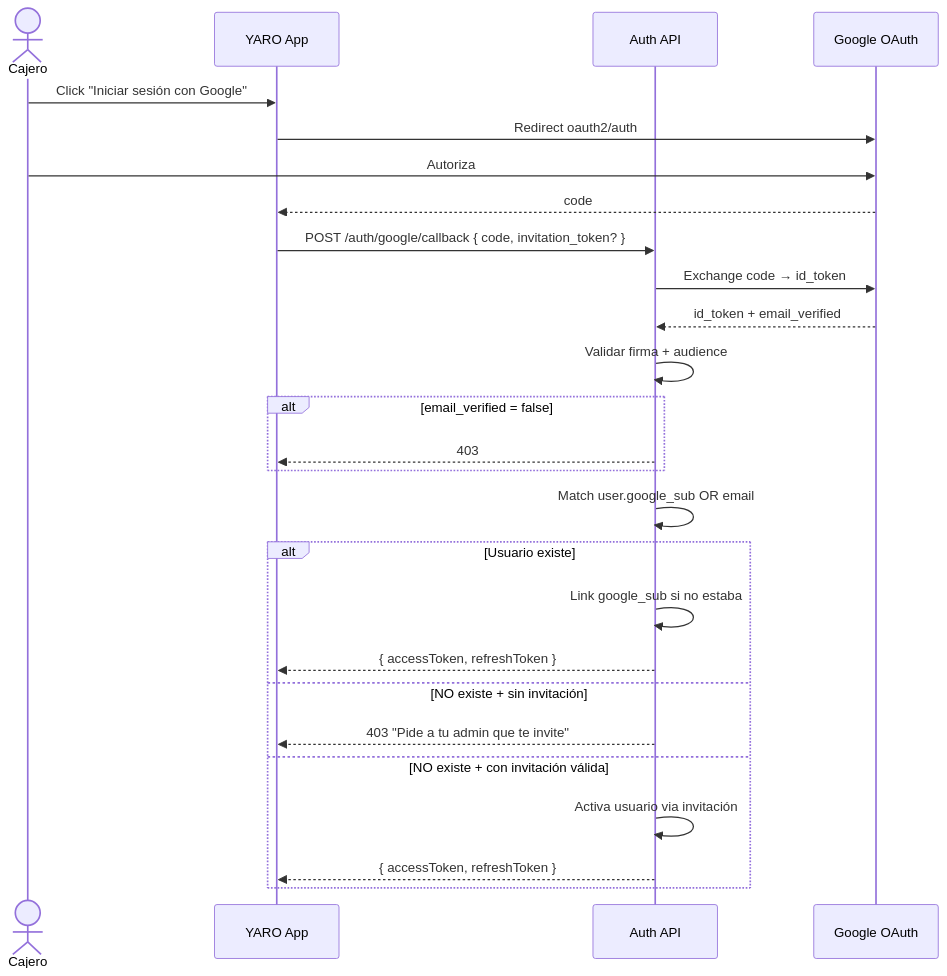
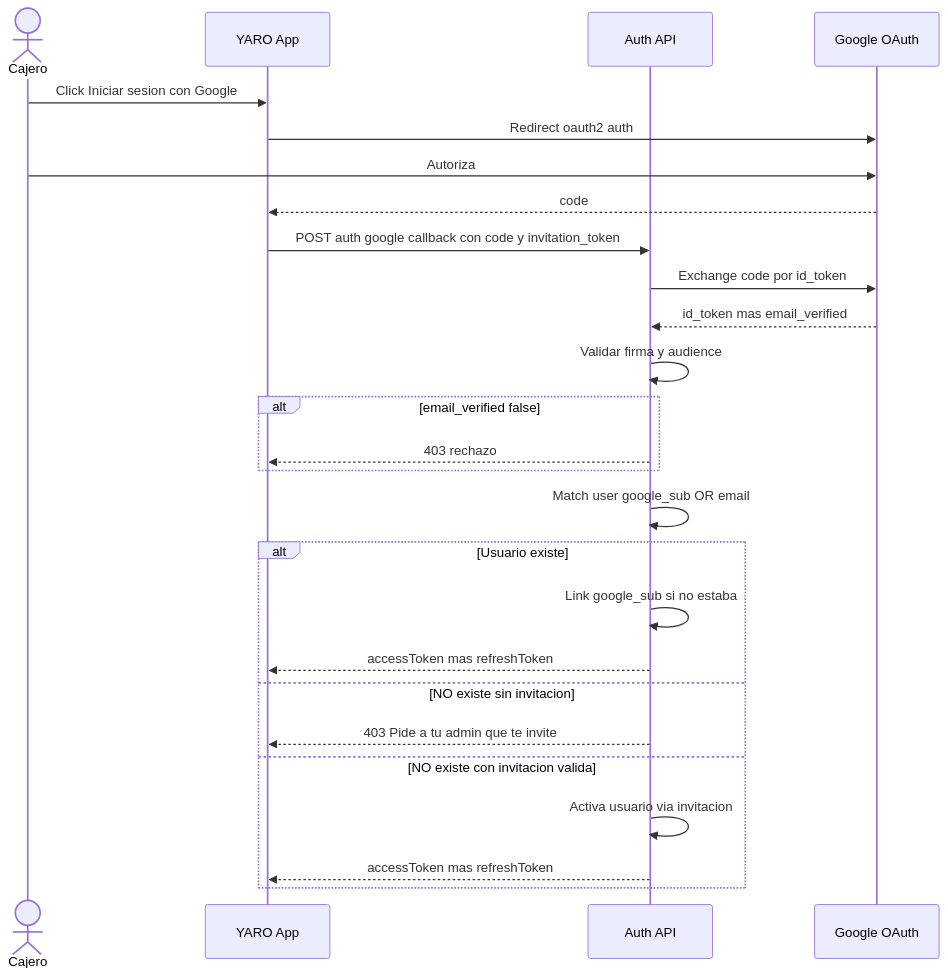
Before and after one commit to ValentinaX63/c2: diagram 18 of 25 in Estación 2/specs/arquitectura-diagrama.md, drawn with Mermaid. The commit also changed other lines of this file, not shown here.

First line of the commit message:
fix(diagramas): corregir sintaxis Mermaid en 3 sequence diagrams + 1 state machine

````diff
--- a/Estación 2/specs/arquitectura-diagrama.md
+++ b/Estación 2/specs/arquitectura-diagrama.md
@@ -1035,31 +1035,31 @@
 ```mermaid
 sequenceDiagram
     actor U as Cajero
     participant FE as YARO App
     participant API as Auth API
     participant GOOG as Google OAuth
 
-    U->>FE: Click "Iniciar sesión con Google"
-    FE->>GOOG: Redirect oauth2/auth
+    U->>FE: Click Iniciar sesion con Google
+    FE->>GOOG: Redirect oauth2 auth
     U->>GOOG: Autoriza
     GOOG-->>FE: code
-    FE->>API: POST /auth/google/callback { code, invitation_token? }
-    API->>GOOG: Exchange code → id_token
-    GOOG-->>API: id_token + email_verified
+    FE->>API: POST auth google callback con code y invitation_token
+    API->>GOOG: Exchange code por id_token
+    GOOG-->>API: id_token mas email_verified
 
-    API->>API: Validar firma + audience
-    alt email_verified = false
-        API-->>FE: 403
+    API->>API: Validar firma y audience
+    alt email_verified false
+        API-->>FE: 403 rechazo
     end
 
-    API->>API: Match user.google_sub OR email
+    API->>API: Match user google_sub OR email
     alt Usuario existe
         API->>API: Link google_sub si no estaba
-        API-->>FE: { accessToken, refreshToken }
-    else NO existe + sin invitación
-        API-->>FE: 403 "Pide a tu admin que te invite"
-    else NO existe + con invitación válida
-        API->>API: Activa usuario via invitación
-        API-->>FE: { accessToken, refreshToken }
+        API-->>FE: accessToken mas refreshToken
+    else NO existe sin invitacion
+        API-->>FE: 403 Pide a tu admin que te invite
+    else NO existe con invitacion valida
+        API->>API: Activa usuario via invitacion
+        API-->>FE: accessToken mas refreshToken
     end
 ```
````
